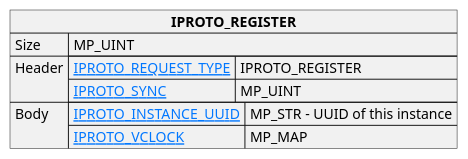
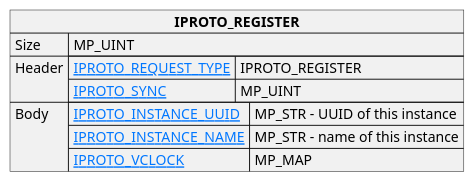
The diagram in doc/reference/internals/iproto/images/repl_register.puml (georgiy-belyanin/doc), drawn with PlantUML before and after one commit. The commit also changed 10 other files, not shown here.

```diff
--- a/doc/reference/internals/iproto/images/repl_register.puml
+++ b/doc/reference/internals/iproto/images/repl_register.puml
@@ -1,22 +1,23 @@
 @startuml
 
 skinparam {
     HyperlinkColor #0077FF
     FontColor #313131
     BorderColor #313131
     BackgroundColor transparent
 }
 
 json "**IPROTO_REGISTER**" as register_request {
     "Size": "MP_UINT",
     "Header": {
       "[[https://tarantool.io/en/doc/latest/reference/internals/iproto/keys IPROTO_REQUEST_TYPE]]": "IPROTO_REGISTER",
       "[[https://tarantool.io/en/doc/latest/reference/internals/iproto/keys IPROTO_SYNC]]": "MP_UINT"
     },
     "Body": {
       "[[https://tarantool.io/en/doc/latest/reference/internals/iproto/keys IPROTO_INSTANCE_UUID]]": "MP_STR – UUID of this instance",
+      "[[https://tarantool.io/en/doc/latest/reference/internals/iproto/keys IPROTO_INSTANCE_NAME]]": "MP_STR - name of this instance",
       "[[https://tarantool.io/en/doc/latest/reference/internals/iproto/keys IPROTO_VCLOCK]]": "MP_MAP"
     }
 }
 
 @enduml
```
